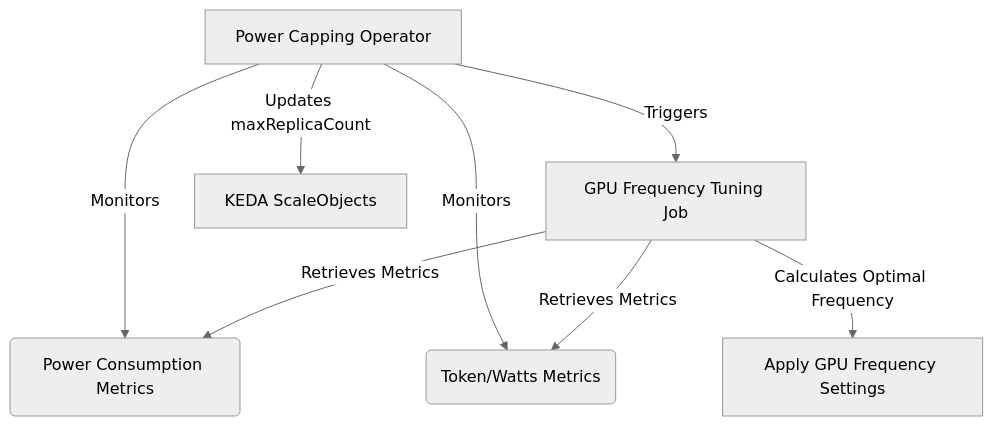
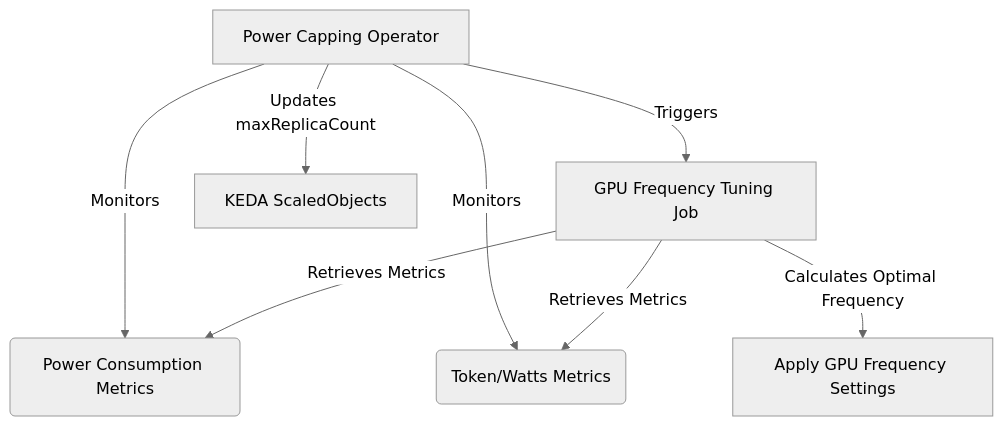
Before and after one commit to Climatik-Project/Climatik-Project: the seventh of 8 diagrams in README.md, drawn with Mermaid (neutral theme). The commit also changed other lines of this file, not shown here.

````diff
--- a/README.md
+++ b/README.md
@@ -534,10 +534,10 @@
 ```mermaid
 graph TD
 A[Power Capping Operator] -->|Monitors| B(Power Consumption Metrics)
 A -->|Monitors| C(Token/Watts Metrics)
 A -->|Triggers| D[GPU Frequency Tuning Job]
 D -->|Retrieves Metrics| B
 D -->|Retrieves Metrics| C
 D -->|Calculates Optimal Frequency| E[Apply GPU Frequency Settings]
-A -->|Updates maxReplicaCount| G[KEDA ScaleObjects]
+A -->|Updates maxReplicaCount| G[KEDA ScaledObjects]
 ```
````
